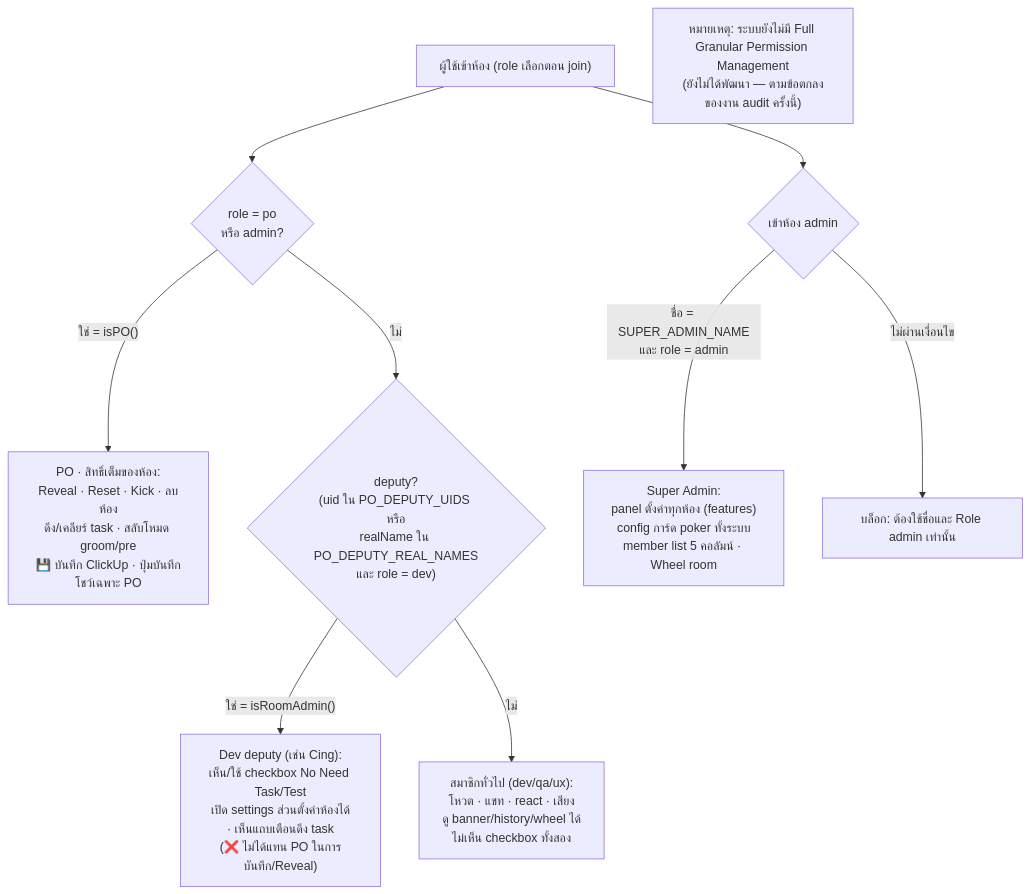
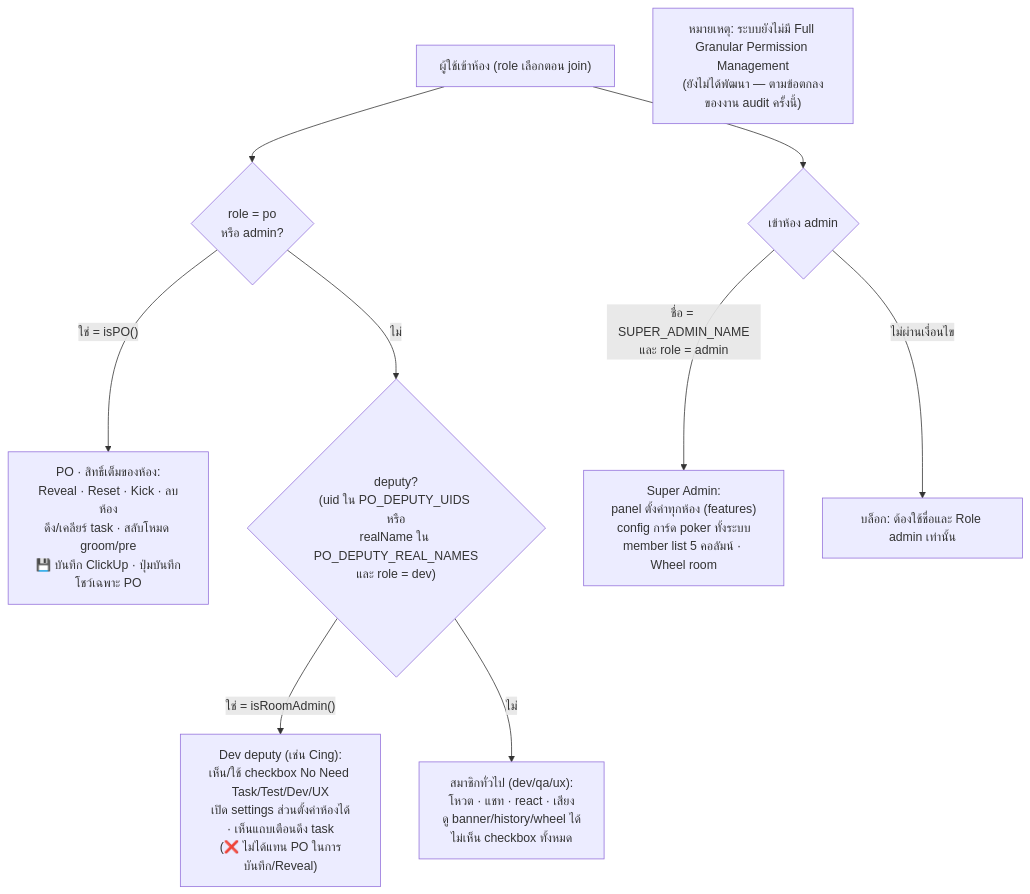
One commit to gitsittikorn/scrum-poker changed the fifth of 5 diagrams in docs/architecture.md. Above: the diagram before and after it, drawn with Mermaid. The commit also changed other lines of this file and 10 other files, not shown here.

First line of the commit message:
feat: checkbox No Need Dev / No Need UX/UI — ไม่ require point ฝั่งนั้น + เคลียร์ point ตอนติ๊ก + บันทึก ClickUp ไม่ติด tag + bump APP_VERSION 2026-11-16-v3

````diff
--- a/docs/architecture.md
+++ b/docs/architecture.md
@@ -167,16 +169,16 @@
 ```mermaid
 flowchart TD
     START["ผู้ใช้เข้าห้อง (role เลือกตอน join)"] --> Q1{"role = po<br/>หรือ admin?"}
 
     Q1 -->|"ใช่ = isPO()"| PO["PO · สิทธิ์เต็มของห้อง:<br/>Reveal · Reset · Kick · ลบห้อง<br/>ดึง/เคลียร์ task · สลับโหมด groom/pre<br/>💾 บันทึก ClickUp · ปุ่มบันทึกโชว์เฉพาะ PO"]
     Q1 -->|"ไม่"| Q2{"deputy?<br/>(uid ใน PO_DEPUTY_UIDS หรือ<br/>realName ใน PO_DEPUTY_REAL_NAMES<br/>และ role = dev)"}
 
-    Q2 -->|"ใช่ = isRoomAdmin()"| DEP["Dev deputy (เช่น Cing):<br/>เห็น/ใช้ checkbox No Need Task/Test<br/>เปิด settings ส่วนตั้งค่าห้องได้<br/>· เห็นแถบเตือนดึง task<br/>(❌ ไม่ได้แทน PO ในการบันทึก/Reveal)"]
-    Q2 -->|"ไม่"| MEMBER["สมาชิกทั่วไป (dev/qa/ux):<br/>โหวต · แชท · react · เสียง<br/>ดู banner/history/wheel ได้<br/>ไม่เห็น checkbox ทั้งสอง"]
+    Q2 -->|"ใช่ = isRoomAdmin()"| DEP["Dev deputy (เช่น Cing):<br/>เห็น/ใช้ checkbox No Need Task/Test/Dev/UX<br/>เปิด settings ส่วนตั้งค่าห้องได้<br/>· เห็นแถบเตือนดึง task<br/>(❌ ไม่ได้แทน PO ในการบันทึก/Reveal)"]
+    Q2 -->|"ไม่"| MEMBER["สมาชิกทั่วไป (dev/qa/ux):<br/>โหวต · แชท · react · เสียง<br/>ดู banner/history/wheel ได้<br/>ไม่เห็น checkbox ทั้งหมด"]
 
     START --> Q3{"เข้าห้อง admin"}
     Q3 -->|"ชื่อ = SUPER_ADMIN_NAME<br/>และ role = admin"| SA["Super Admin:<br/>panel ตั้งค่าทุกห้อง (features)<br/>config การ์ด poker ทั้งระบบ<br/>member list 5 คอลัมน์ · Wheel room"]
     Q3 -->|"ไม่ผ่านเงื่อนไข"| BLOCK["บล็อก: ต้องใช้ชื่อและ Role admin เท่านั้น"]
 
     NOTE["หมายเหตุ: ระบบยังไม่มี Full Granular Permission Management<br/>(ยังไม่ได้พัฒนา — ตามข้อตกลงของงาน audit ครั้งนี้)"]
 ```
````
